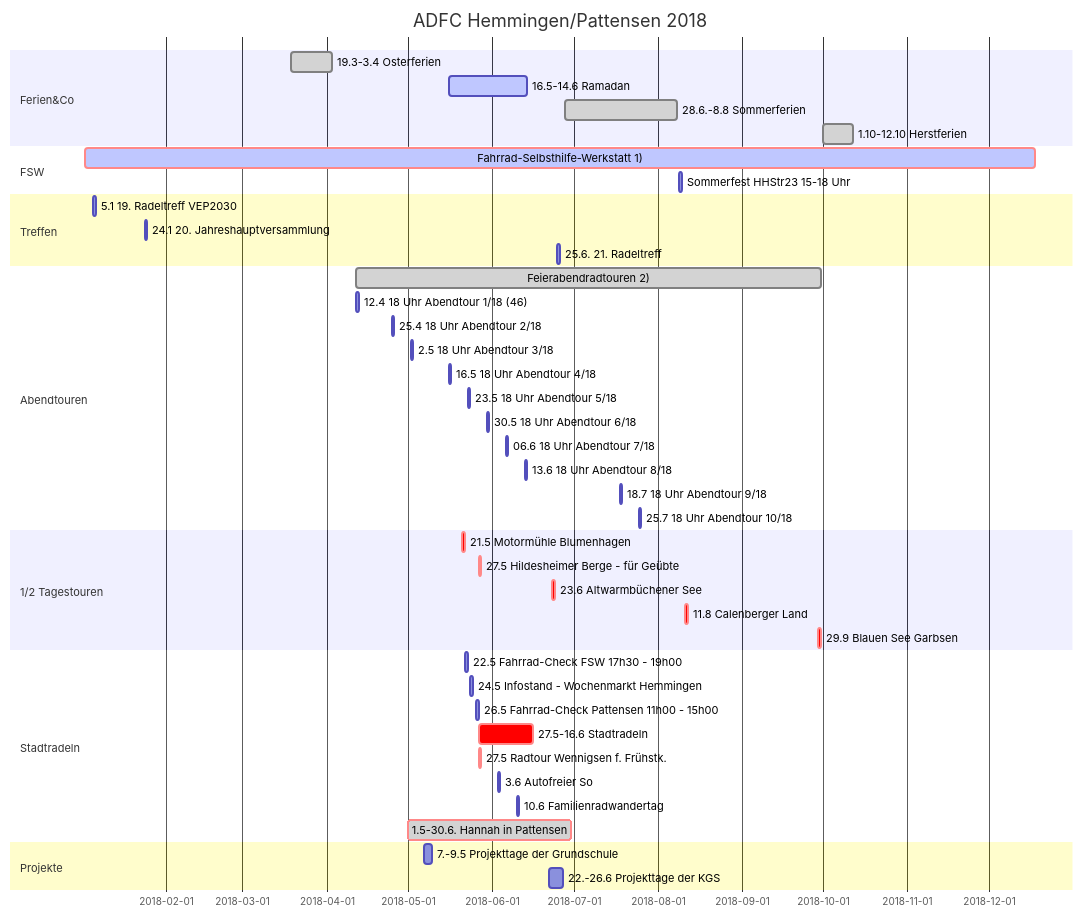
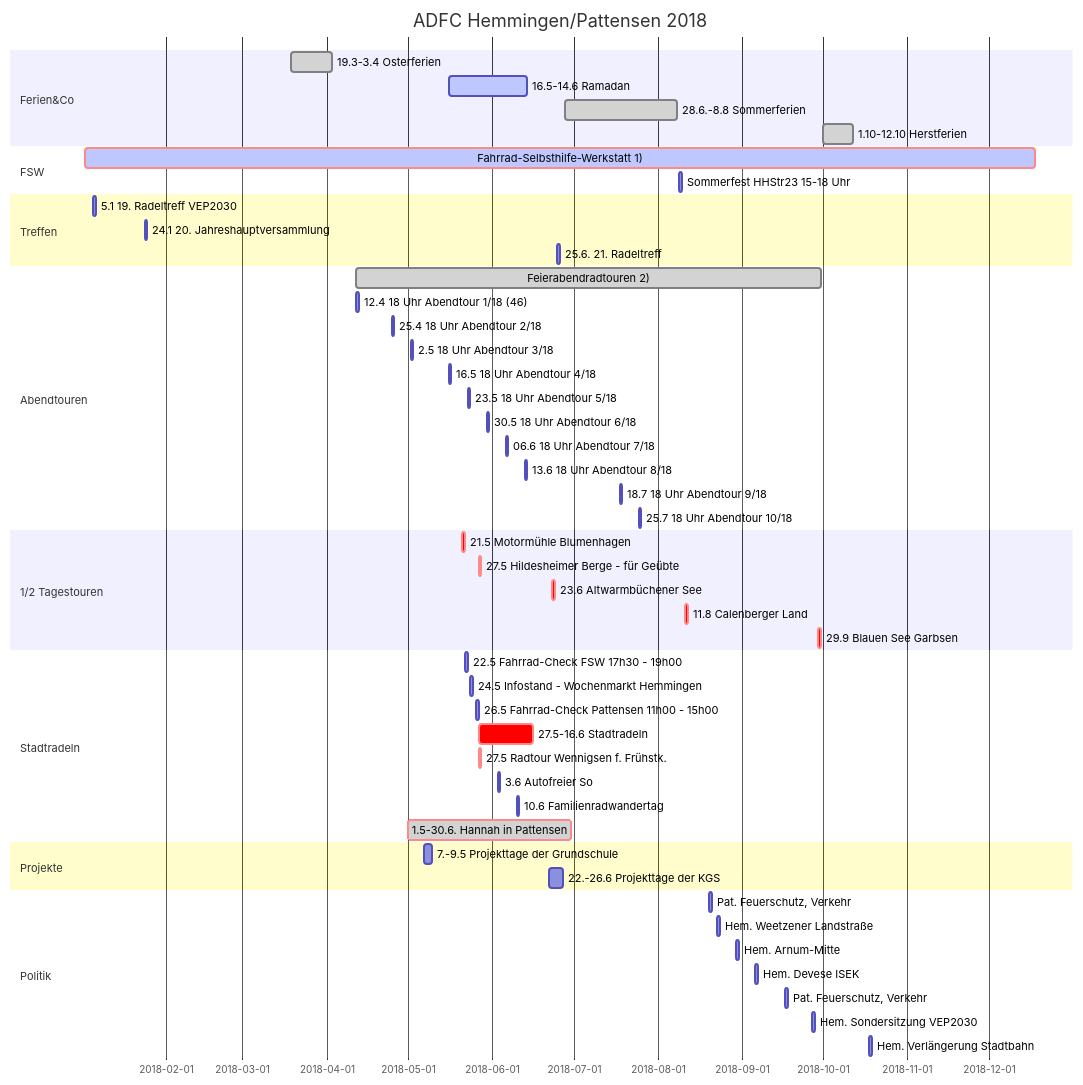
One commit to adfc-hemmingen-pattensen/adfc-hemmingen-pattensen.github.io changed the diagram in index.md. Above: the diagram before and after it, drawn with Mermaid. The commit also changed other lines of this file and 2 other files, not shown here.

Commit message:
Termine Politik

````diff
--- a/index.md
+++ b/index.md
@@ -100,55 +100,64 @@
 ```mermaid
 gantt
   title ADFC Hemmingen/Pattensen 2018
   dateFormat  DD.MM.YY
 
 section Ferien&Co
   19.3-3.4 Osterferien                        :done,        19.03.18, 03.04.18
   16.5-14.6  Ramadan                          :active,done, 16.05.18, 14.06.18
   28.6.-8.8 Sommerferien                      :done,        28.06.18, 08.08.18
   1.10-12.10 Herstferien                      :done,        01.10.18, 12.10.18
 
 section FSW
   Fahrrad-Selbsthilfe-Werkstatt 1)            :crit,active, 02.01.18, 18.12.18
   Sommerfest HHStr23  15-18 Uhr      : 09.08.18, 1d
 
 section Treffen
   5.1 19. Radeltreff VEP2030        : 05.01.18, 1d
   24.1 20. Jahreshauptversammlung   : 24.01.18, 1d
   25.6. 21. Radeltreff              : 25.06.18, 1d
 
 section Abendtouren
   Feierabendradtouren 2)        :done, 12.04.18, 30.09.18
 12.4 18 Uhr Abendtour 1/18 (46) : 12.04.18,1d
 25.4 18 Uhr Abendtour 2/18    : 25.04.18,1d
 2.5 18 Uhr Abendtour 3/18     : 02.05.18,1d
 16.5 18 Uhr Abendtour 4/18     : 16.05.18,1d
 23.5 18 Uhr Abendtour 5/18      : 23.05.18,1d
 30.5 18 Uhr Abendtour 6/18      : 30.05.18,1d
 06.6 18 Uhr Abendtour 7/18      : 06.06.18,1d
 13.6 18 Uhr Abendtour 8/18      : 13.06.18,1d
 18.7 18 Uhr Abendtour 9/18      : 18.07.18,1d
 25.7 18 Uhr Abendtour 10/18      : 25.07.18,1d
 
 section 1/2 Tagestouren
   21.5 Motormühle Blumenhagen   :crit, 21.05.18,1d
   27.5 Hildesheimer Berge - für Geübte :crit, 27.05.18, 1d
   23.6 Altwarmbüchener See      :crit, 23.06.18,1d
   11.8 Calenberger Land         :crit, 11.08.18,1d
   29.9 Blauen See Garbsen       :crit, 29.09.18,1d
 
 
 section Stadtradeln
   22.5 Fahrrad-Check FSW 17h30 - 19h00                     :             22.05.18, 1d
   24.5 Infostand - Wochenmarkt Hemmingen : 24.05.18,1d
   26.5 Fahrrad-Check Pattensen 11h00 - 15h00              :             26.05.18, 1d
   27.5-16.6 Stadtradeln                       : crit,       27.05.18, 16.06.18
   27.5 Radtour Wennigsen f. Frühstk.          : crit,       27.05.18, 1d
   3.6 Autofreier So                           :             03.06.18, 1d
   10.6 Familienradwandertag                   :             10.06.18, 1d
   1.5-30.6.  Hannah in Pattensen              :crit, done,  01.05.18, 30.06.18
 
 section Projekte
   7.-9.5 Projekttage der Grundschule      :07.05.18, 3d
   22.-26.6 Projekttage der KGS      :22.06.18, 5d
+
+section Politik
+  Pat. Feuerschutz, Verkehr                         :20.08.18, 1d
+  Hem. Weetzener Landstraße                         :23.08.18, 1d
+  Hem. Arnum-Mitte                                  :30.08.18, 1d
+  Hem. Devese ISEK                                  :06.09.18, 1d
+  Pat. Feuerschutz, Verkehr                         :17.09.18, 1d
+  Hem. Sondersitzung VEP2030                        :27.09.18, 1d
+  Hem. Verlängerung Stadtbahn                       :18.10.18, 1d
 ```
````
